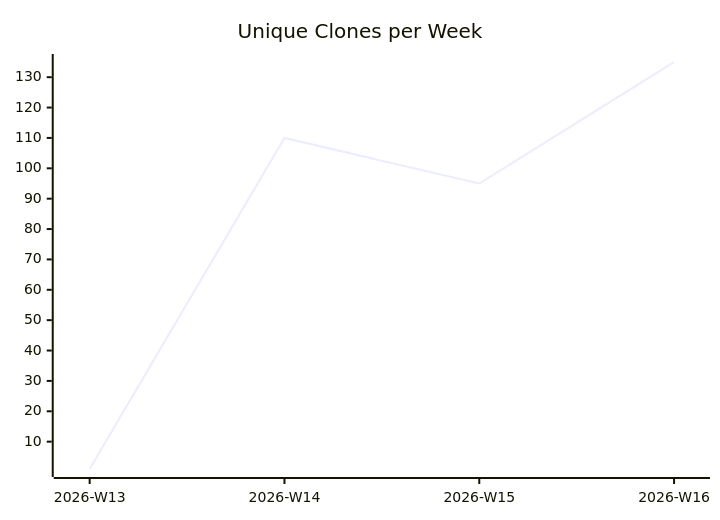
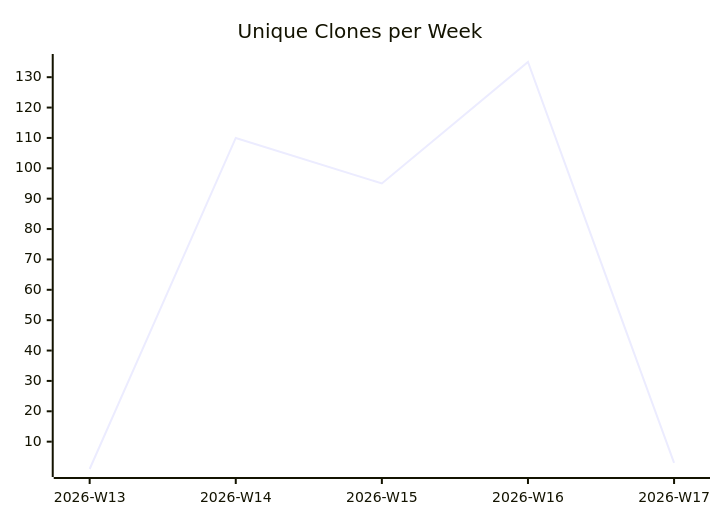
Before and after one commit to justdavis-family/github-analytics-data: the third of 3 diagrams in justdavis-family/justdavis/README.md, drawn with Mermaid. The commit also changed other lines of this file and 192 other files, not shown here.

````diff
--- a/justdavis-family/justdavis/README.md
+++ b/justdavis-family/justdavis/README.md
@@ -19,6 +19,6 @@
 ```mermaid
 xychart-beta
   title "Unique Clones per Week"
-  x-axis ["2026-W13", "2026-W14", "2026-W15", "2026-W16"]
-  line [1, 110, 95, 135]
+  x-axis ["2026-W13", "2026-W14", "2026-W15", "2026-W16", "2026-W17"]
+  line [1, 110, 95, 135, 3]
 ```
````
